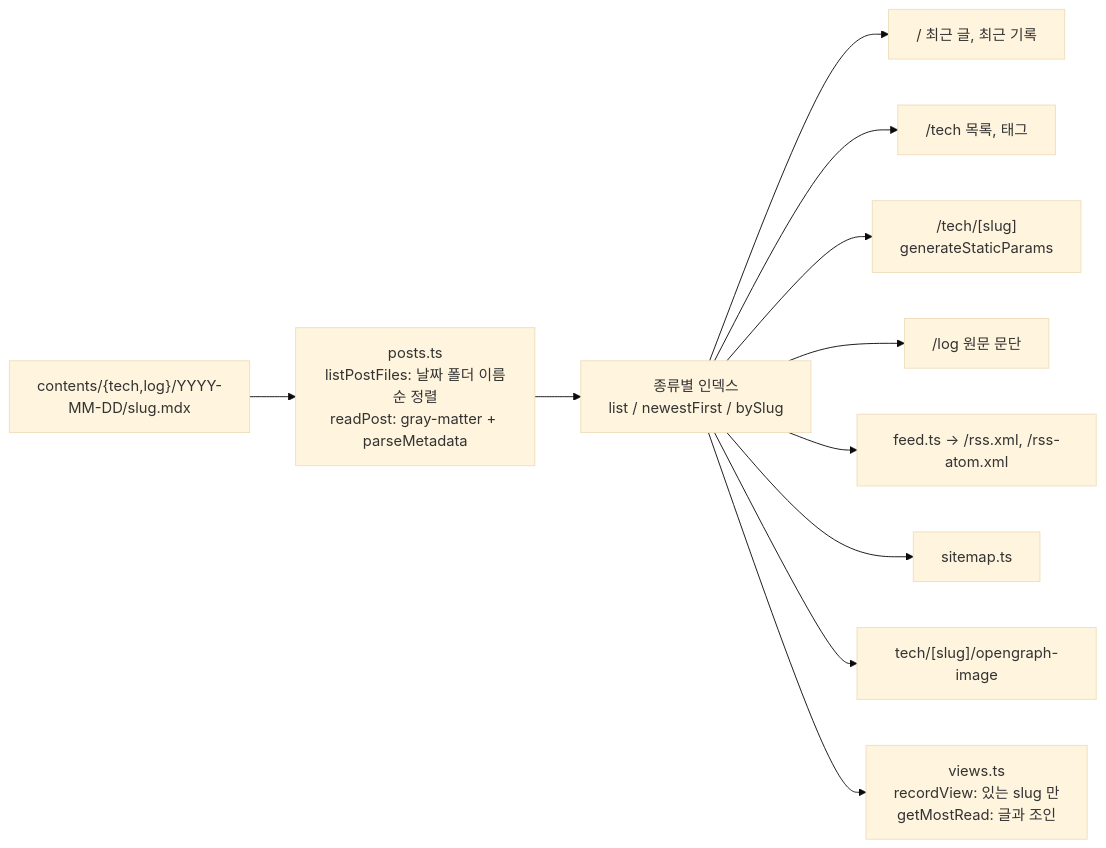
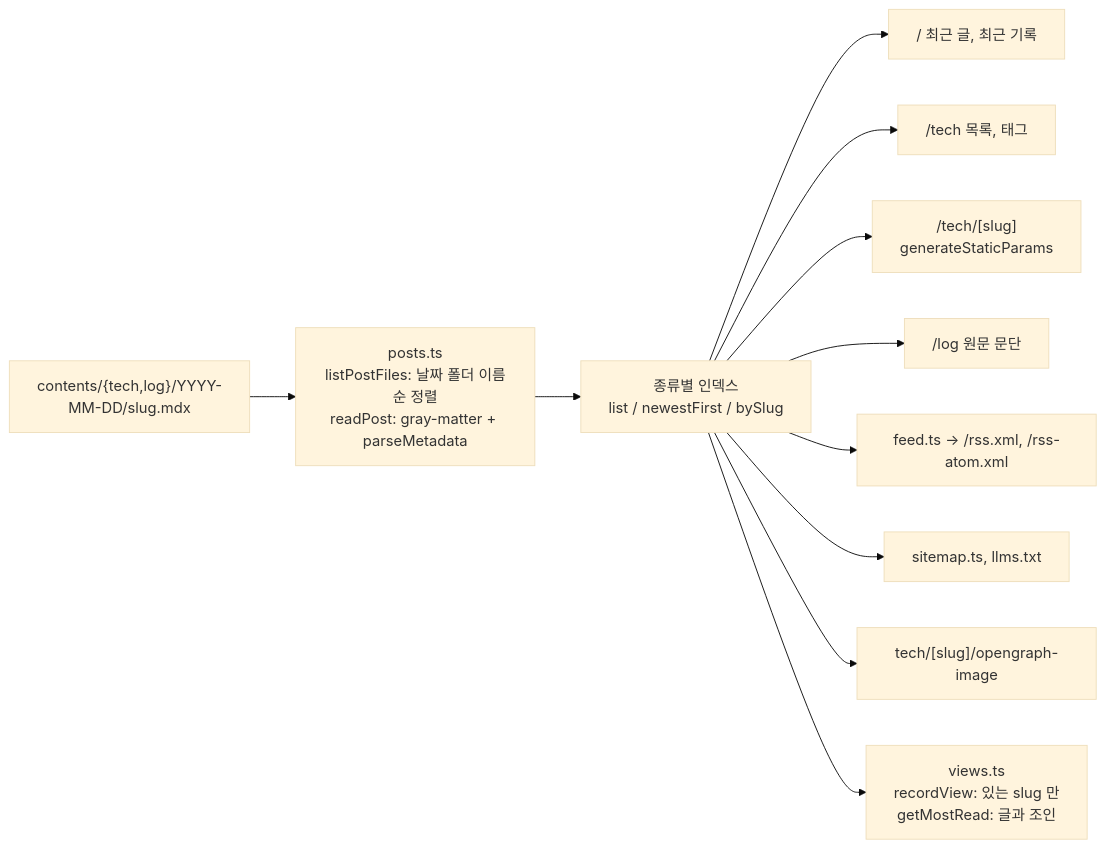
One commit to blan19/blan19.com changed the first of 3 diagrams in docs/architecture.md. Above: the diagram before and after it, drawn with Mermaid (base theme). The commit also changed other lines of this file and 27 other files, not shown here.

````diff
--- a/docs/architecture.md
+++ b/docs/architecture.md
@@ -66,13 +69,13 @@
 ```mermaid
 flowchart LR
   F["contents/{tech,log}/YYYY-MM-DD/slug.mdx"] --> P["posts.ts<br/>listPostFiles: 날짜 폴더 이름순 정렬<br/>readPost: gray-matter + parseMetadata"]
   P --> I["종류별 인덱스<br/>list / newestFirst / bySlug"]
   I --> H["/ 최근 글, 최근 기록"]
   I --> T["/tech 목록, 태그"]
   I --> S["/tech/[slug]<br/>generateStaticParams"]
   I --> L["/log 원문 문단"]
   I --> R["feed.ts → /rss.xml, /rss-atom.xml"]
-  I --> M["sitemap.ts"]
+  I --> M["sitemap.ts, llms.txt"]
   I --> O["tech/[slug]/opengraph-image"]
   I --> V["views.ts<br/>recordView: 있는 slug 만<br/>getMostRead: 글과 조인"]
 ```
````
